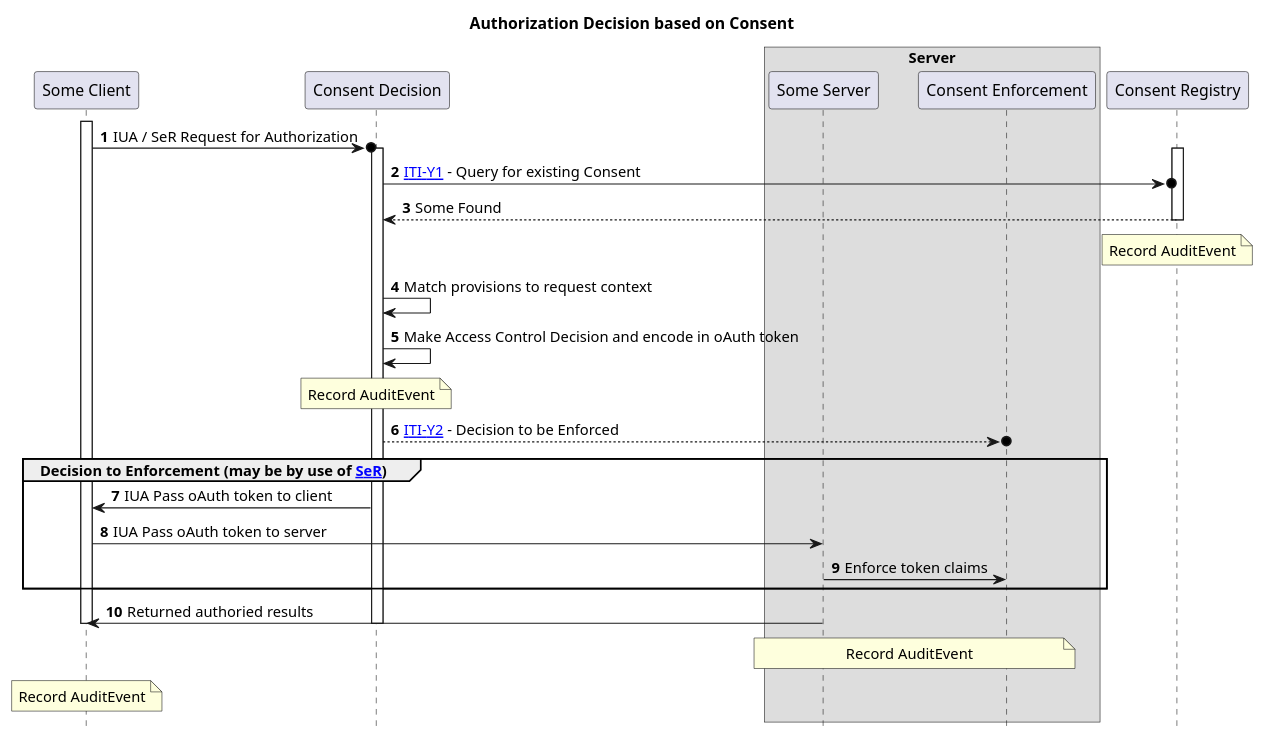
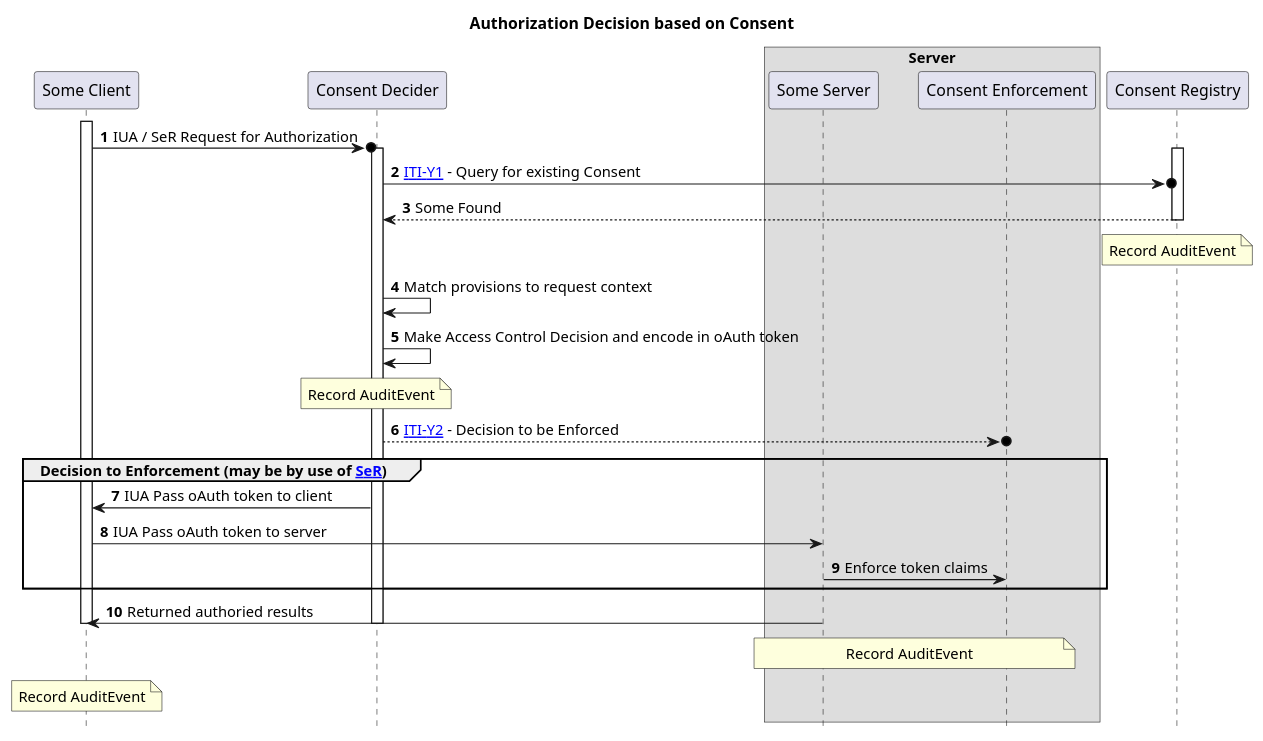
One commit to IHE/ITI.PCF changed the diagram in input/images-source/usecase3-processflow.plantuml. Above: the diagram before and after it, drawn with PlantUML. The commit also changed 5 other files, not shown here.

```diff
--- a/input/images-source/usecase3-processflow.plantuml
+++ b/input/images-source/usecase3-processflow.plantuml
@@ -1,41 +1,41 @@
 @startuml
 skinparam svgDimensionStyle false
 hide footbox
 autonumber
 title "Authorization Decision based on Consent"
 participant "Some Client" as client
-participant "Consent Decision" as decision
+participant "Consent Decider" as decision
 box "Server"
 participant "Some Server" as server
 participant "Consent Enforcement" as enforce
 end box
 participant "Consent Registry" as registry
 activate client
 client ->o decision : IUA / SeR Request for Authorization
 activate decision
 activate registry
 decision ->o registry : [[ITI-Y1.html ITI-Y1]] - Query for existing Consent
 registry --> decision : Some Found
 note over registry : Record AuditEvent
 deactivate registry
 
 decision -> decision : Match provisions to request context
 decision -> decision : Make Access Control Decision and encode in oAuth token
 note over decision : Record AuditEvent
 
 decision -->o enforce : [[ITI-Y2.html ITI-Y2]] - Decision to be Enforced
 group Decision to Enforcement (may be by use of [[https://profiles.ihe.net/ITI/SeR/index.html SeR]])
     client <- decision : IUA Pass oAuth token to client
     client -> server : IUA Pass oAuth token to server
     server -> enforce : Enforce token claims
 end group
 client <- server : Returned authoried results
 deactivate decision 
 
 note over server, enforce : Record AuditEvent
 deactivate enforce  
 deactivate server
 
 note over client : Record AuditEvent
 deactivate client 
 @enduml
```
